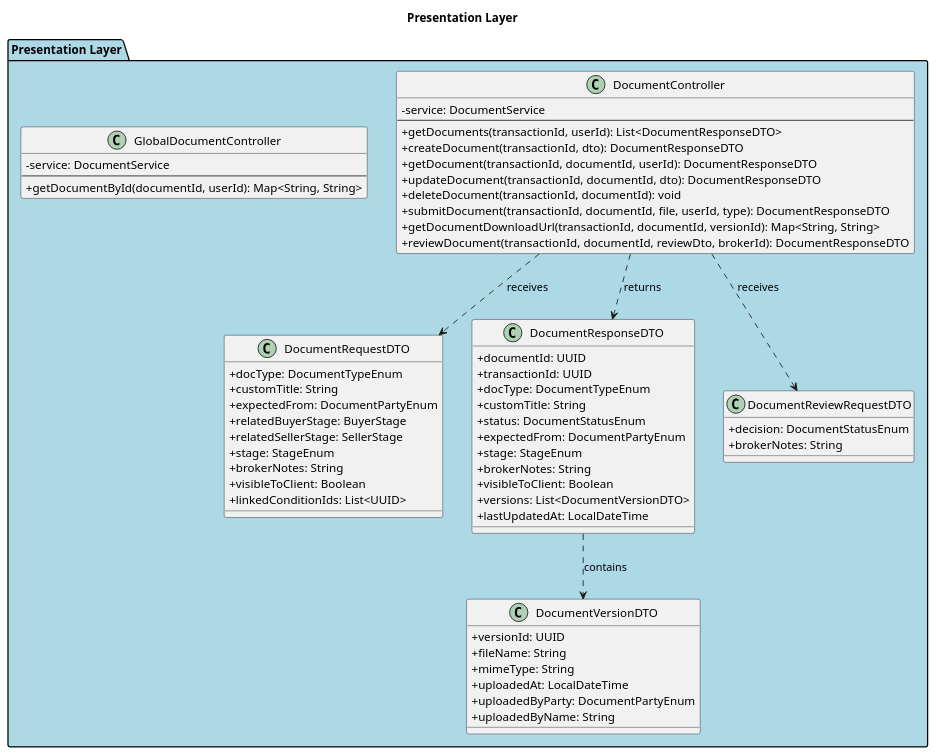
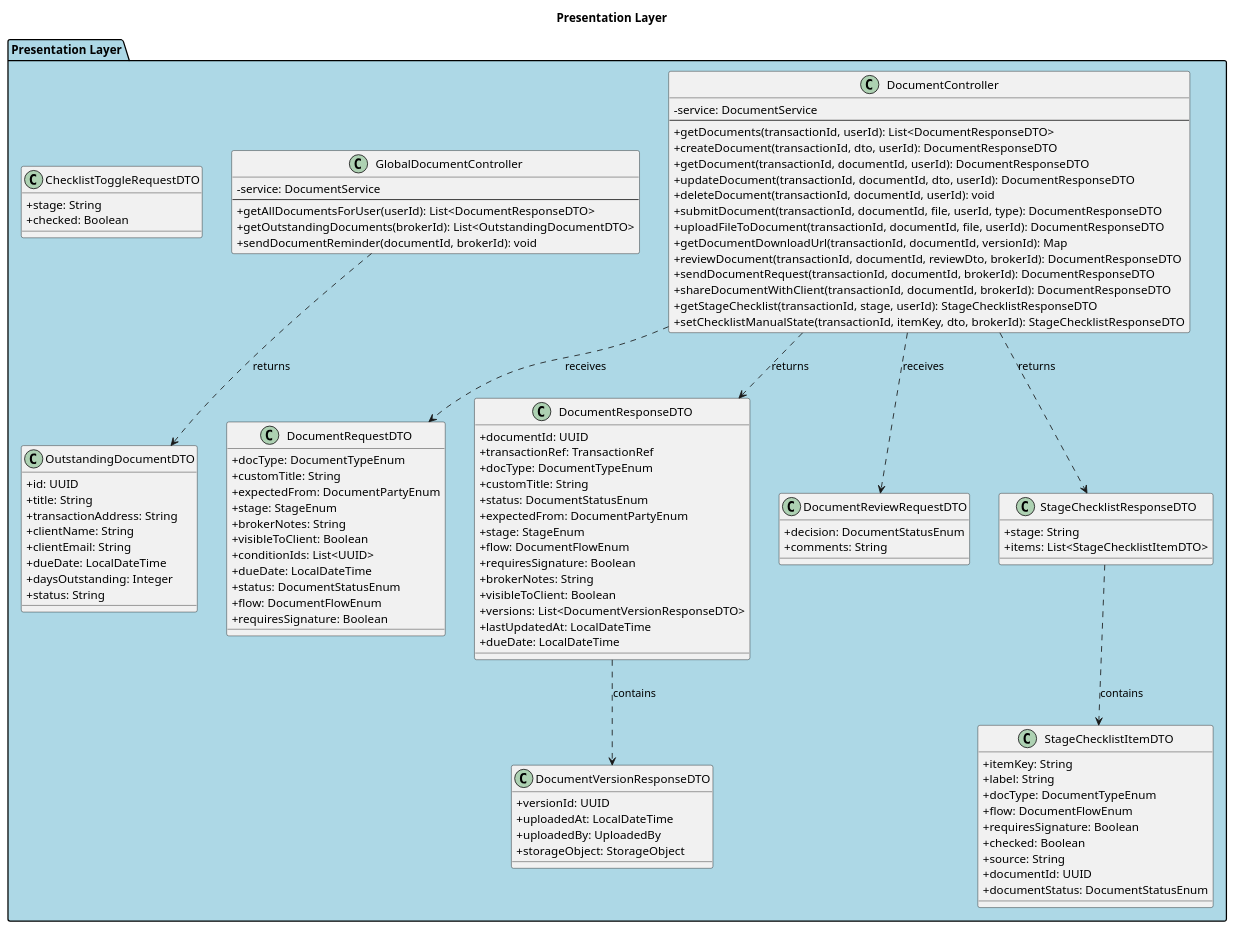
One commit to CourtierPro/CourtierPro changed the diagram in docs/PersonalUseCase/Shawn/ManageTransactionDocuments/Artifacts/DesignLevelClassDiagramChunks/PresentationLayer.puml. Above: the diagram before and after it, drawn with PlantUML. The commit also changed 34 other files, not shown here.

Commit message:
Diagrams updated

```diff
--- a/docs/PersonalUseCase/Shawn/ManageTransactionDocuments/Artifacts/DesignLevelClassDiagramChunks/PresentationLayer.puml
+++ b/docs/PersonalUseCase/Shawn/ManageTransactionDocuments/Artifacts/DesignLevelClassDiagramChunks/PresentationLayer.puml
@@ -1,73 +1,119 @@
 @startuml PresentationLayer
 skinparam classAttributeIconSize 0
 
 title Presentation Layer
 
 package "Presentation Layer" #LightBlue {
   class DocumentController {
     - service: DocumentService
     --
     + getDocuments(transactionId, userId): List<DocumentResponseDTO>
-    + createDocument(transactionId, dto): DocumentResponseDTO
+    + createDocument(transactionId, dto, userId): DocumentResponseDTO
     + getDocument(transactionId, documentId, userId): DocumentResponseDTO
-    + updateDocument(transactionId, documentId, dto): DocumentResponseDTO
-    + deleteDocument(transactionId, documentId): void
+    + updateDocument(transactionId, documentId, dto, userId): DocumentResponseDTO
+    + deleteDocument(transactionId, documentId, userId): void
     + submitDocument(transactionId, documentId, file, userId, type): DocumentResponseDTO
-    + getDocumentDownloadUrl(transactionId, documentId, versionId): Map<String, String>
+    + uploadFileToDocument(transactionId, documentId, file, userId): DocumentResponseDTO
+    + getDocumentDownloadUrl(transactionId, documentId, versionId): Map
     + reviewDocument(transactionId, documentId, reviewDto, brokerId): DocumentResponseDTO
+    + sendDocumentRequest(transactionId, documentId, brokerId): DocumentResponseDTO
+    + shareDocumentWithClient(transactionId, documentId, brokerId): DocumentResponseDTO
+    + getStageChecklist(transactionId, stage, userId): StageChecklistResponseDTO
+    + setChecklistManualState(transactionId, itemKey, dto, brokerId): StageChecklistResponseDTO
   }
-  
+
   class GlobalDocumentController {
     - service: DocumentService
     --
-    + getDocumentById(documentId, userId): Map<String, String>
+    + getAllDocumentsForUser(userId): List<DocumentResponseDTO>
+    + getOutstandingDocuments(brokerId): List<OutstandingDocumentDTO>
+    + sendDocumentReminder(documentId, brokerId): void
   }
-  
+
   class DocumentRequestDTO {
     + docType: DocumentTypeEnum
     + customTitle: String
     + expectedFrom: DocumentPartyEnum
-    + relatedBuyerStage: BuyerStage
-    + relatedSellerStage: SellerStage
     + stage: StageEnum
     + brokerNotes: String
     + visibleToClient: Boolean
-    + linkedConditionIds: List<UUID>
+    + conditionIds: List<UUID>
+    + dueDate: LocalDateTime
+    + status: DocumentStatusEnum
+    + flow: DocumentFlowEnum
+    + requiresSignature: Boolean
   }
-  
+
   class DocumentResponseDTO {
     + documentId: UUID
-    + transactionId: UUID
+    + transactionRef: TransactionRef
     + docType: DocumentTypeEnum
     + customTitle: String
     + status: DocumentStatusEnum
     + expectedFrom: DocumentPartyEnum
     + stage: StageEnum
+    + flow: DocumentFlowEnum
+    + requiresSignature: Boolean
     + brokerNotes: String
     + visibleToClient: Boolean
-    + versions: List<DocumentVersionDTO>
+    + versions: List<DocumentVersionResponseDTO>
     + lastUpdatedAt: LocalDateTime
+    + dueDate: LocalDateTime
   }
-  
+
   class DocumentReviewRequestDTO {
     + decision: DocumentStatusEnum
-    + brokerNotes: String
+    + comments: String
   }
-  
-  class DocumentVersionDTO {
+
+  class DocumentVersionResponseDTO {
     + versionId: UUID
-    + fileName: String
-    + mimeType: String
     + uploadedAt: LocalDateTime
-    + uploadedByParty: DocumentPartyEnum
-    + uploadedByName: String
+    + uploadedBy: UploadedBy
+    + storageObject: StorageObject
   }
-  
+
+  class OutstandingDocumentDTO {
+    + id: UUID
+    + title: String
+    + transactionAddress: String
+    + clientName: String
+    + clientEmail: String
+    + dueDate: LocalDateTime
+    + daysOutstanding: Integer
+    + status: String
+  }
+
+  class StageChecklistResponseDTO {
+    + stage: String
+    + items: List<StageChecklistItemDTO>
+  }
+
+  class StageChecklistItemDTO {
+    + itemKey: String
+    + label: String
+    + docType: DocumentTypeEnum
+    + flow: DocumentFlowEnum
+    + requiresSignature: Boolean
+    + checked: Boolean
+    + source: String
+    + documentId: UUID
+    + documentStatus: DocumentStatusEnum
+  }
+
+  class ChecklistToggleRequestDTO {
+    + stage: String
+    + checked: Boolean
+  }
+
   ' Intra-package relationships
   DocumentController ..> DocumentRequestDTO : receives
   DocumentController ..> DocumentResponseDTO : returns
   DocumentController ..> DocumentReviewRequestDTO : receives
-  DocumentResponseDTO ..> DocumentVersionDTO : contains
+  DocumentController ..> StageChecklistResponseDTO : returns
+  GlobalDocumentController ..> OutstandingDocumentDTO : returns
+  DocumentResponseDTO ..> DocumentVersionResponseDTO : contains
+  StageChecklistResponseDTO ..> StageChecklistItemDTO : contains
 }
 
 @enduml
```
